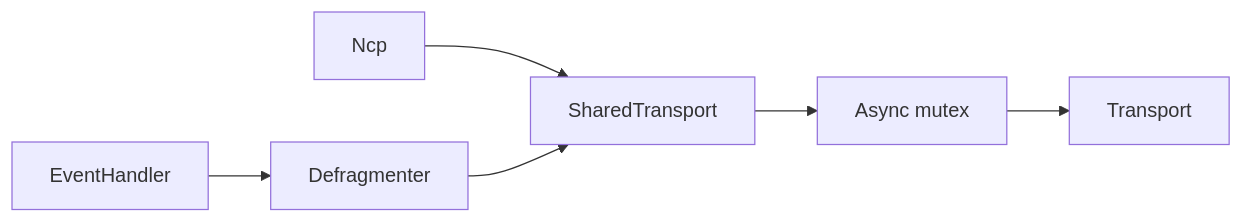
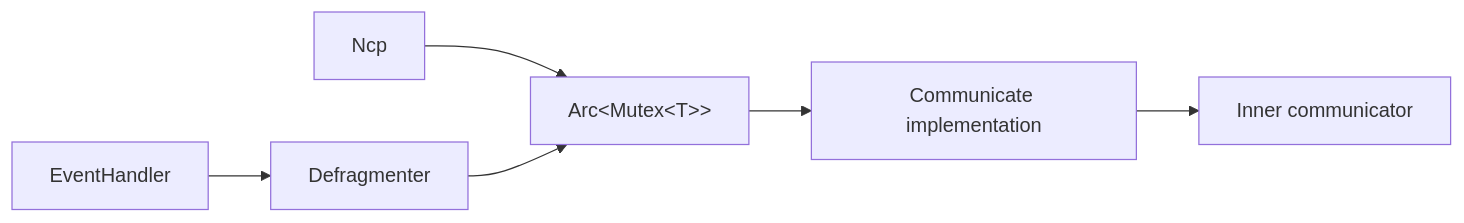
Before and after one commit to PaulmannLighting/ezsp: the second of 3 diagrams in ARCHITECTURE.md, drawn with Mermaid. The commit also changed other lines of this file and 3 other files, not shown here.

````diff
--- a/ARCHITECTURE.md
+++ b/ARCHITECTURE.md
@@ -101,8 +103,8 @@
 ```mermaid
 flowchart LR
-    ncp[Ncp] --> shared[SharedTransport]
+    ncp[Ncp] --> shared[Arc&lt;Mutex&lt;T&gt;&gt;]
     eventHandler[EventHandler] --> defragmenter[Defragmenter]
     defragmenter --> shared
-    shared --> mutex[Async mutex]
-    mutex --> transport[Transport]
+    shared --> communicate[Communicate implementation]
+    communicate --> transport[Inner communicator]
 ```
````
